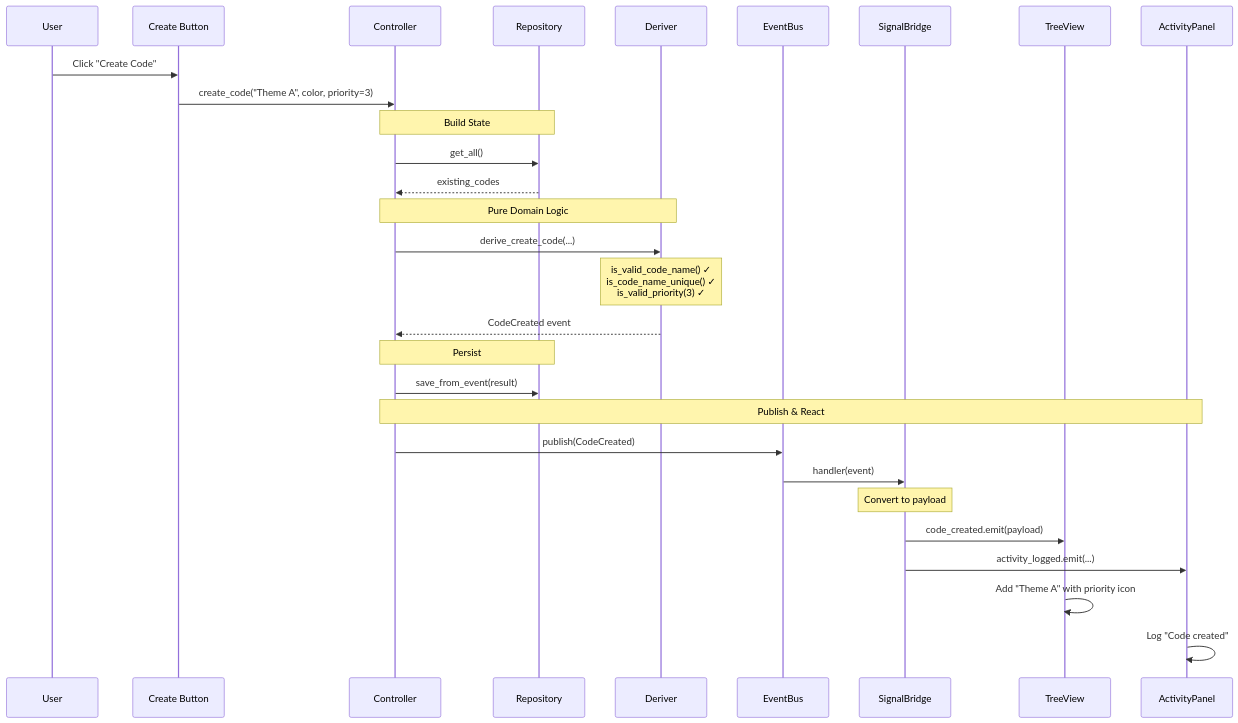
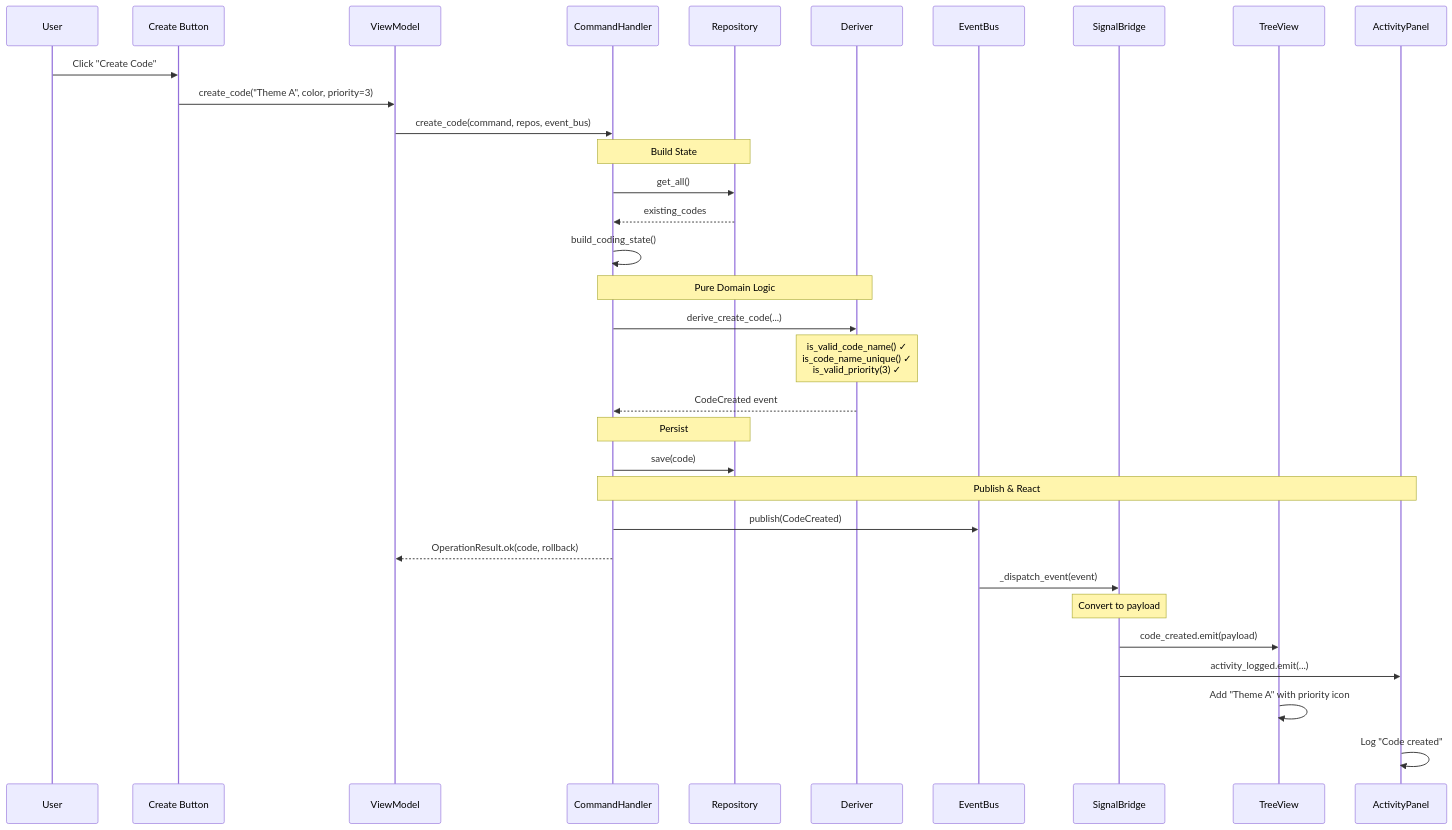
The second of 2 diagrams in docs/tutorials/04-event-flow.md (scope-impact/QualCoder-v2), drawn with Mermaid before and after one commit. The commit also changed other lines of this file and 9 other files, not shown here.

First line of the commit message:
docs(tutorials): align with vertical slice architecture

````diff
--- a/docs/tutorials/04-event-flow.md
+++ b/docs/tutorials/04-event-flow.md
@@ -213,37 +236,41 @@
 ```mermaid
 sequenceDiagram
     participant User
     participant Button as Create Button
-    participant Ctrl as Controller
+    participant VM as ViewModel
+    participant CH as CommandHandler
     participant Repo as Repository
     participant Der as Deriver
     participant EB as EventBus
     participant SB as SignalBridge
     participant Tree as TreeView
     participant Activity as ActivityPanel
 
     User->>Button: Click "Create Code"
-    Button->>Ctrl: create_code("Theme A", color, priority=3)
+    Button->>VM: create_code("Theme A", color, priority=3)
+    VM->>CH: create_code(command, repos, event_bus)
 
-    Note over Ctrl,Repo: Build State
-    Ctrl->>Repo: get_all()
-    Repo-->>Ctrl: existing_codes
+    Note over CH,Repo: Build State
+    CH->>Repo: get_all()
+    Repo-->>CH: existing_codes
+    CH->>CH: build_coding_state()
 
-    Note over Ctrl,Der: Pure Domain Logic
-    Ctrl->>Der: derive_create_code(...)
+    Note over CH,Der: Pure Domain Logic
+    CH->>Der: derive_create_code(...)
     Note over Der: is_valid_code_name() ✓<br/>is_code_name_unique() ✓<br/>is_valid_priority(3) ✓
-    Der-->>Ctrl: CodeCreated event
+    Der-->>CH: CodeCreated event
 
-    Note over Ctrl,Repo: Persist
-    Ctrl->>Repo: save_from_event(result)
+    Note over CH,Repo: Persist
+    CH->>Repo: save(code)
 
-    Note over Ctrl,Activity: Publish & React
-    Ctrl->>EB: publish(CodeCreated)
-    EB->>SB: handler(event)
+    Note over CH,Activity: Publish & React
+    CH->>EB: publish(CodeCreated)
+    CH-->>VM: OperationResult.ok(code, rollback)
+    EB->>SB: _dispatch_event(event)
     Note over SB: Convert to payload
     SB->>Tree: code_created.emit(payload)
     SB->>Activity: activity_logged.emit(...)
 
     Tree->>Tree: Add "Theme A" with priority icon
     Activity->>Activity: Log "Code created"
 ```
````
